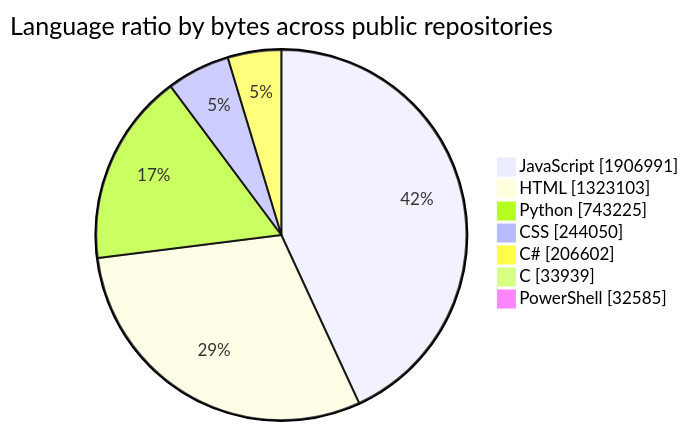
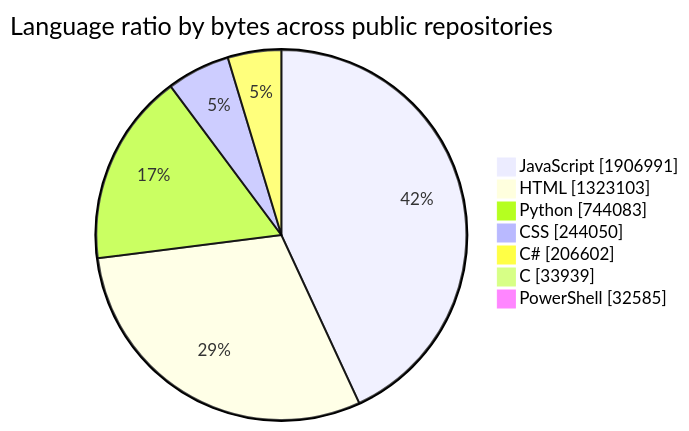
One commit to tchinso/tchinso changed the first of 2 diagrams in README.md. Above: the diagram before and after it, drawn with Mermaid. The commit also changed other lines of this file, not shown here.

````diff
--- a/README.md
+++ b/README.md
@@ -24,11 +24,11 @@
 ```mermaid
 pie showData
     title Language ratio by bytes across public repositories
     "JavaScript" : 1906991
     "HTML" : 1323103
-    "Python" : 743225
+    "Python" : 744083
     "CSS" : 244050
     "C#" : 206602
     "C" : 33939
     "PowerShell" : 32585
 ```
````
